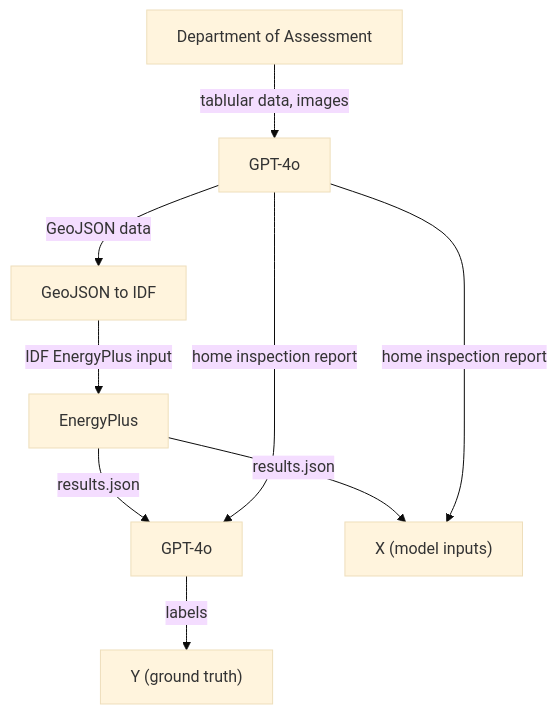
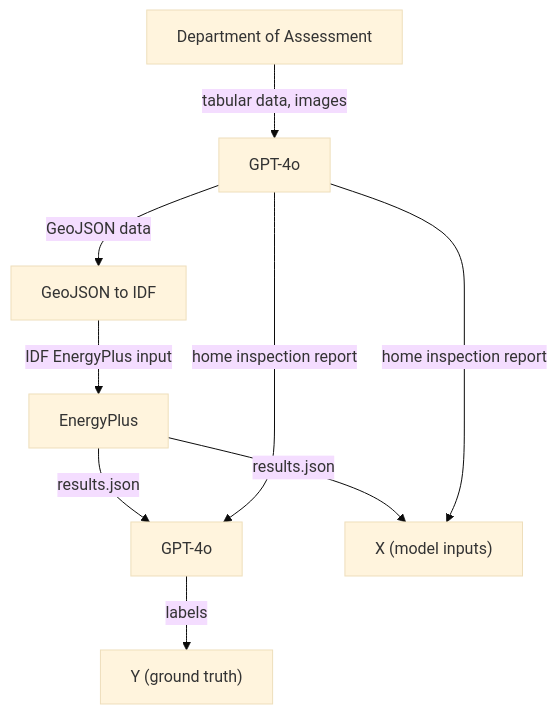
The diagram in README.md (Lafayette-EshbaughSilveyra-Group/synthetic-homes), drawn with Mermaid (base theme) before and after one commit. The commit also changed other lines of this file and 32 other files, not shown here.

````diff
--- a/README.md
+++ b/README.md
@@ -11,9 +18,9 @@
 ```mermaid
 flowchart TB
-    A[Department of Assessment] -- tablular data, images --> B["GPT-4o"]
+    A[Department of Assessment] -- tabular data, images --> B["GPT-4o"]
     B -- GeoJSON data --> C["GeoJSON to IDF"]
     C -- IDF EnergyPlus input --> D["EnergyPlus"]
     D -- "results.json" --> E["GPT-4o"] & F["X (model inputs)"]
     B -- home inspection report --> E & F
     E -- labels --> G["Y (ground truth)"]
 ```
````
